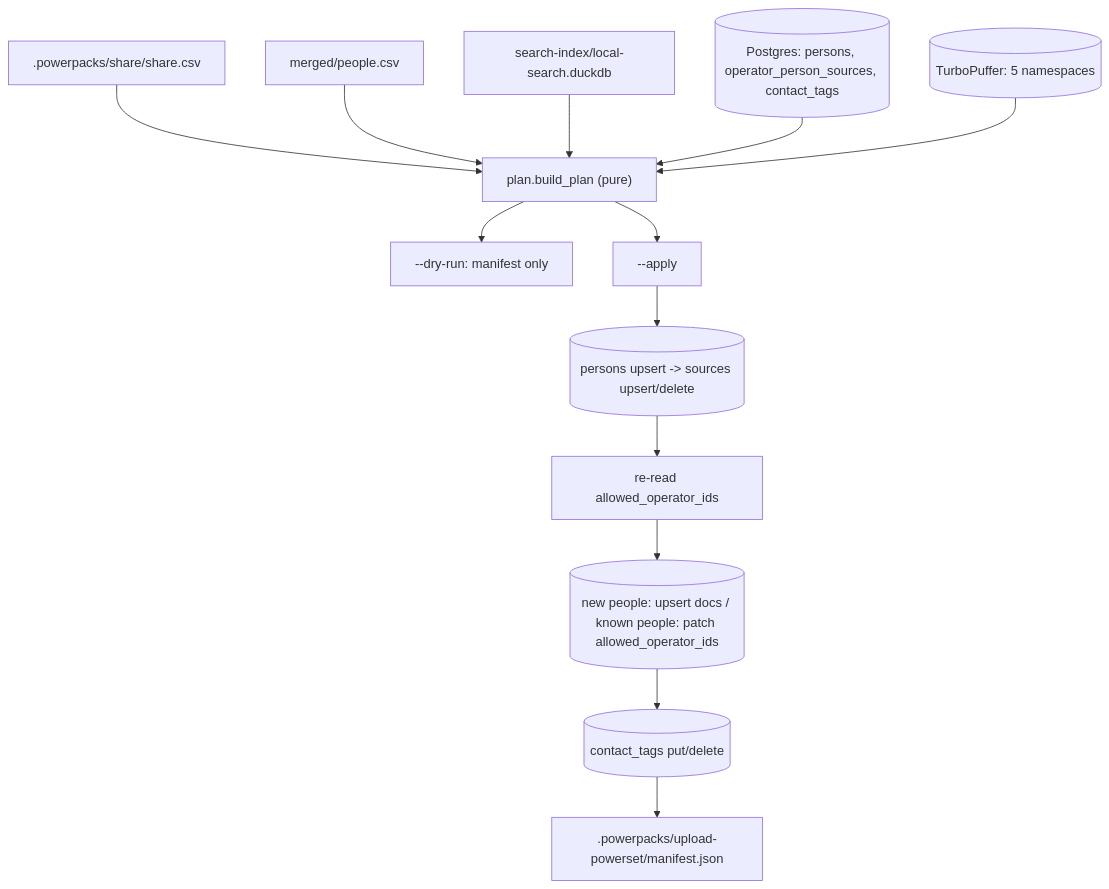
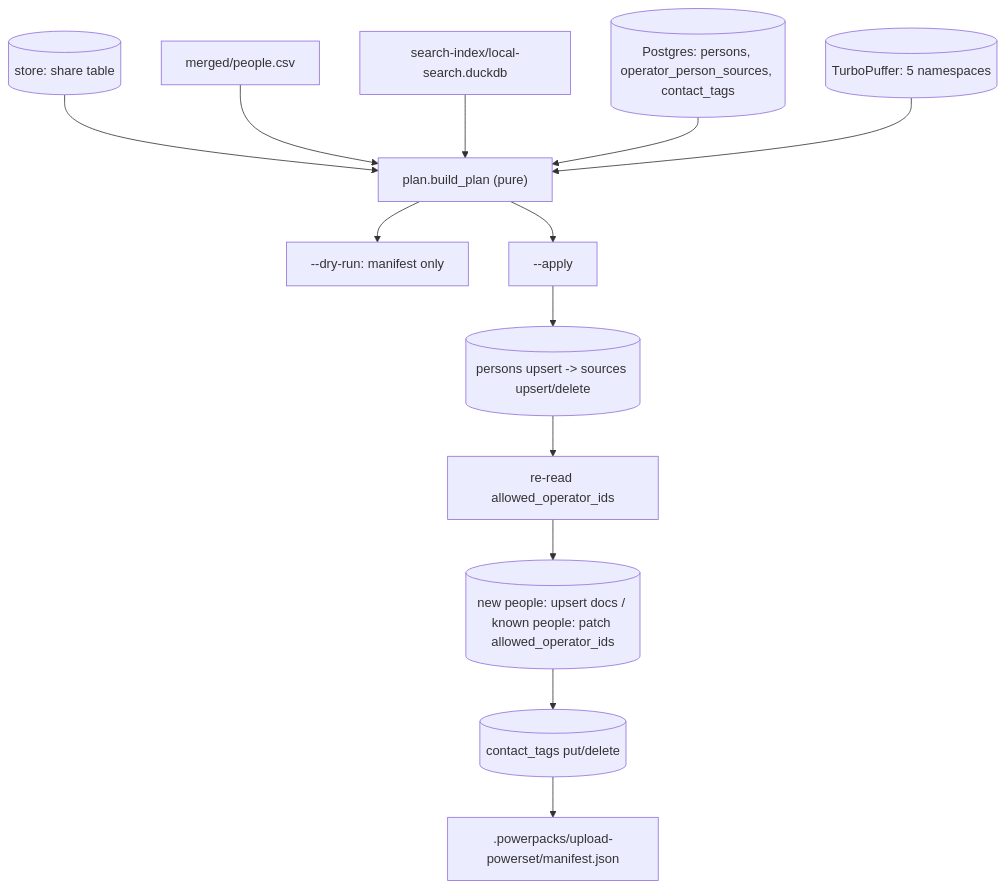
One commit to powerset-co/powerpacks changed the diagram in packs/indexing/primitives/upload_powerset/README.md. Above: the diagram before and after it, drawn with Mermaid. The commit also changed other lines of this file and 31 other files, not shown here.

First line of the commit message:
refactor(share)!: move labels, tags and the share list into the SQLite store

````diff
--- a/packs/indexing/primitives/upload_powerset/README.md
+++ b/packs/indexing/primitives/upload_powerset/README.md
@@ -21,15 +23,15 @@
 ```mermaid
 flowchart TD
-  share[".powerpacks/share/share.csv"] --> plan
+  share[("store: share table")] --> plan
   people["merged/people.csv"] --> plan
   duck["search-index/local-search.duckdb"] --> plan
   pg[("Postgres: persons, operator_person_sources, contact_tags")] --> plan
   tp[("TurboPuffer: 5 namespaces")] --> plan
   plan["plan.build_plan (pure)"] --> dry["--dry-run: manifest only"]
   plan --> apply["--apply"]
   apply --> pgw[("persons upsert -> sources upsert/delete")]
   pgw --> allowed["re-read allowed_operator_ids"]
   allowed --> tpw[("new people: upsert docs / known people: patch allowed_operator_ids")]
   tpw --> tags[("contact_tags put/delete")]
   tags --> manifest[".powerpacks/upload-powerset/manifest.json"]
 ```
````
